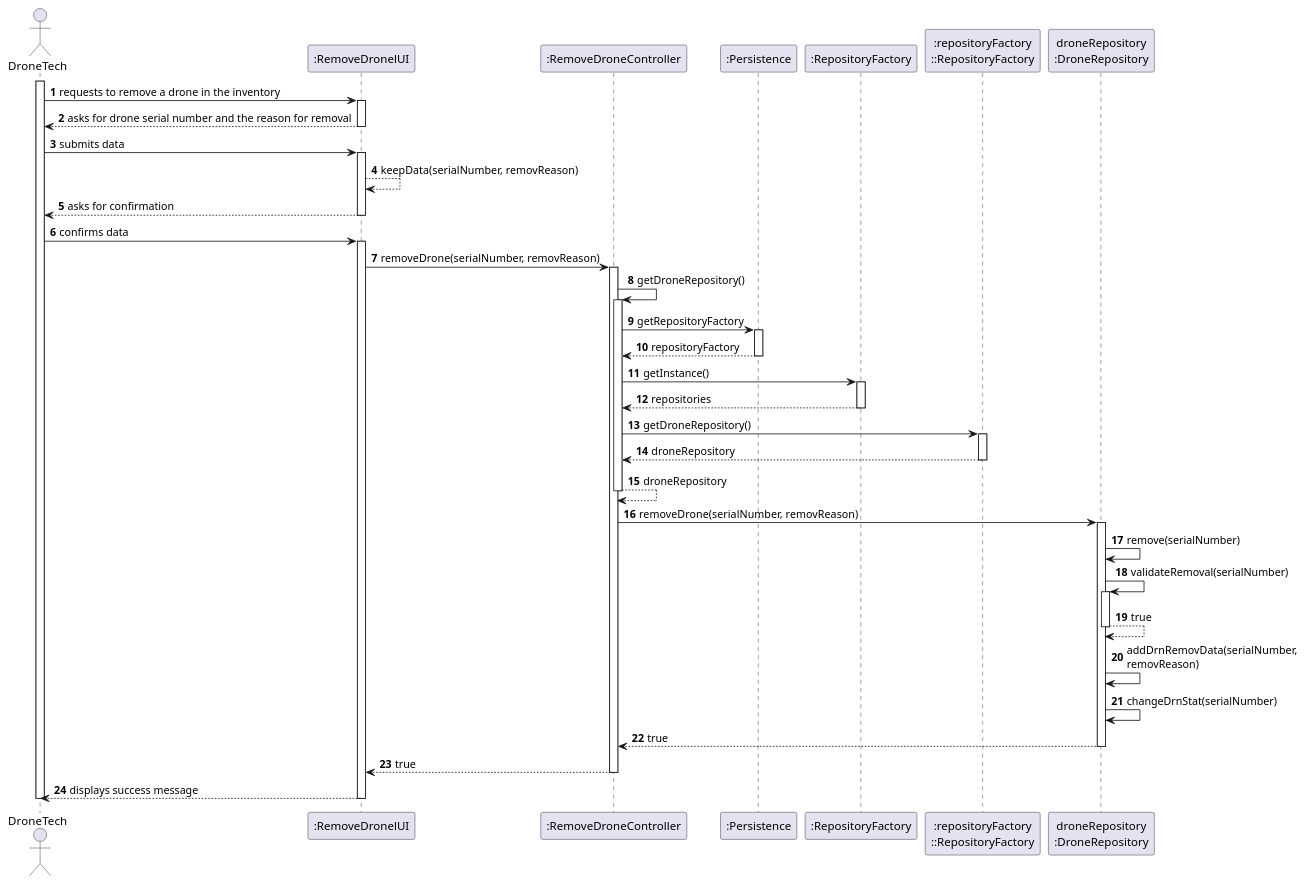
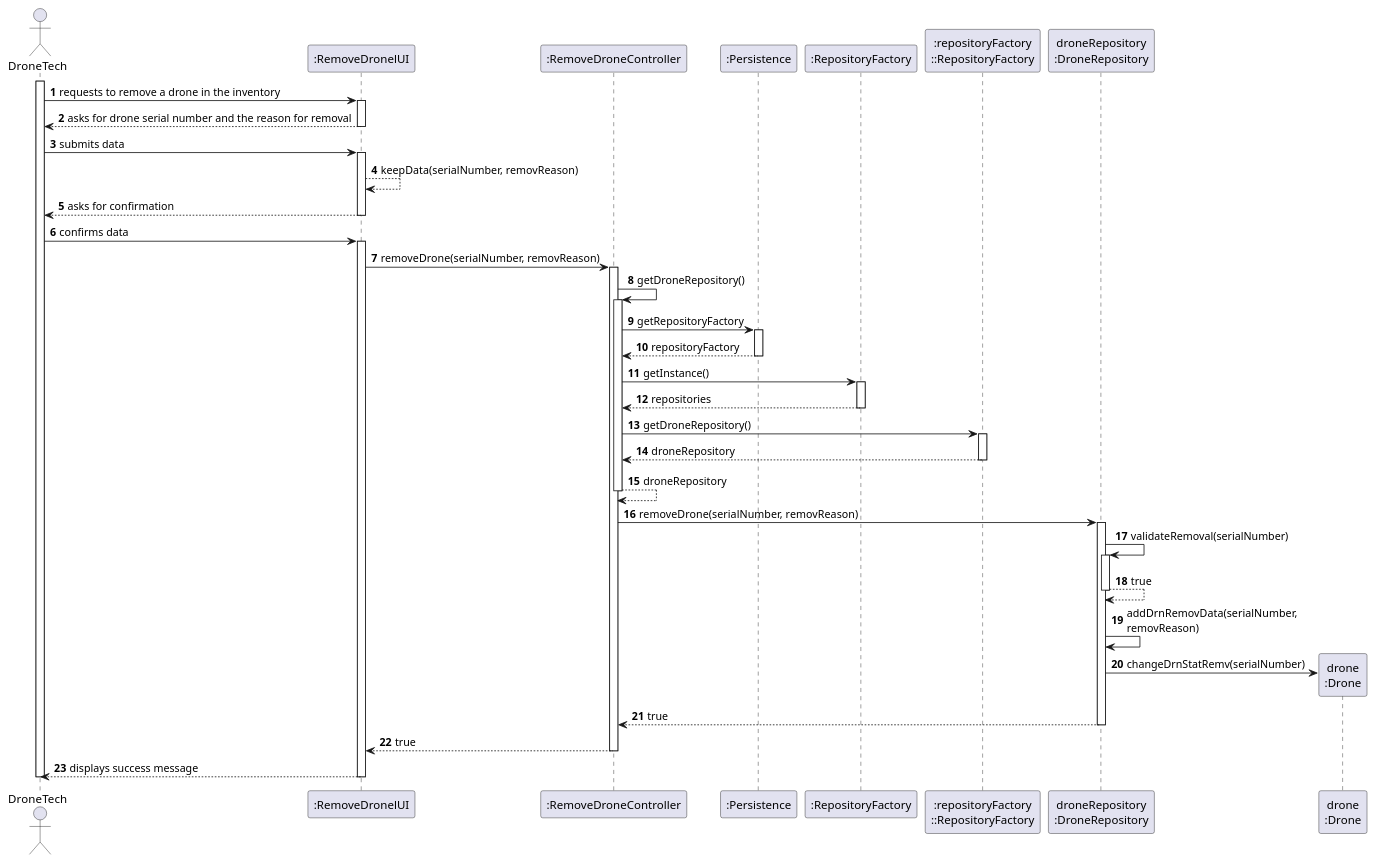
Before and after one commit to diogoveirospro/sem4pi-2024-2025-sem4pi_2024_2025_g44: the diagram in docs/SPRINT_2/US242/puml/sequence_diagram_us242.puml, drawn with PlantUML. The commit also changed 6 other files, not shown here.

```diff
--- a/docs/SPRINT_2/US242/puml/sequence_diagram_us242.puml
+++ b/docs/SPRINT_2/US242/puml/sequence_diagram_us242.puml
@@ -1,72 +1,74 @@
 @startuml
 'skinparam monochrome
 
 skinparam packageStyle rectangle
 skinparam shadowing false
 
 autonumber
 
 actor "DroneTech" as DT
 participant ":RemoveDronelUI" as UI
 participant ":RemoveDroneController" as CTRL
 participant ":Persistence" as PERS
 participant ":RepositoryFactory" as REPOS
 participant ":repositoryFactory\n::RepositoryFactory" as REPOS_SINGLETON
 participant "droneRepository\n:DroneRepository" as DRN_REPO
+participant "drone\n:Drone" as DRN
 
 activate DT
 
 DT -> UI : requests to remove a drone in the inventory
 activate UI
     UI --> DT : asks for drone serial number and the reason for removal
     deactivate UI
     DT -> UI : submits data
     activate UI
     UI --> UI : keepData(serialNumber, removReason)
     UI --> DT : asks for confirmation
     deactivate UI
     DT -> UI : confirms data
     activate UI
     UI -> CTRL : removeDrone(serialNumber, removReason)
     activate CTRL
         CTRL -> CTRL :getDroneRepository()
         activate CTRL
         CTRL -> PERS : getRepositoryFactory
                                     activate PERS
                                     PERS --> CTRL : repositoryFactory
                                     deactivate PERS
         CTRL -> REPOS : getInstance()
         activate REPOS
             REPOS --> CTRL : repositories
         deactivate REPOS
 
         CTRL -> REPOS_SINGLETON : getDroneRepository()
         activate REPOS_SINGLETON
             REPOS_SINGLETON --> CTRL : droneRepository
         deactivate REPOS_SINGLETON
         CTRL --> CTRL : droneRepository
 
         deactivate CTRL
             CTRL -> DRN_REPO : removeDrone(serialNumber, removReason)
             activate DRN_REPO
 
-        DRN_REPO -> DRN_REPO : remove(serialNumber)
+
                     DRN_REPO -> DRN_REPO: validateRemoval(serialNumber)
                     activate DRN_REPO
                         DRN_REPO --> DRN_REPO : true
                     deactivate DRN_REPO
+
         DRN_REPO -> DRN_REPO : addDrnRemovData(serialNumber, \nremovReason)
-        DRN_REPO -> DRN_REPO : changeDrnStat(serialNumber)
+        DRN_REPO -> DRN** : changeDrnStatRemv(serialNumber)
                     DRN_REPO --> CTRL : true
 
         deactivate DRN_REPO
 
         CTRL --> UI : true
 
     deactivate CTRL
 
 UI --> DT : displays success message
 deactivate UI
 deactivate DT
 
 @enduml
```
